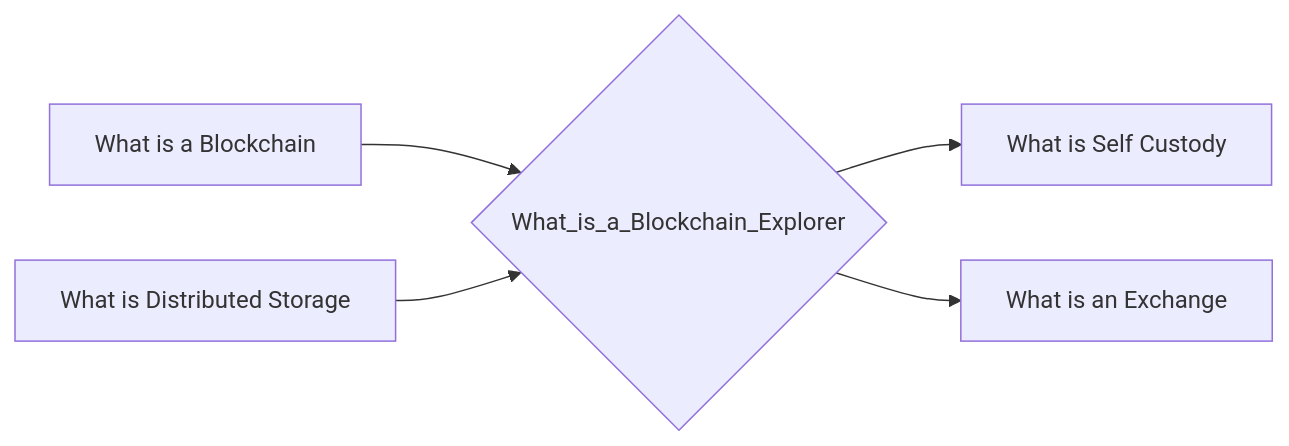
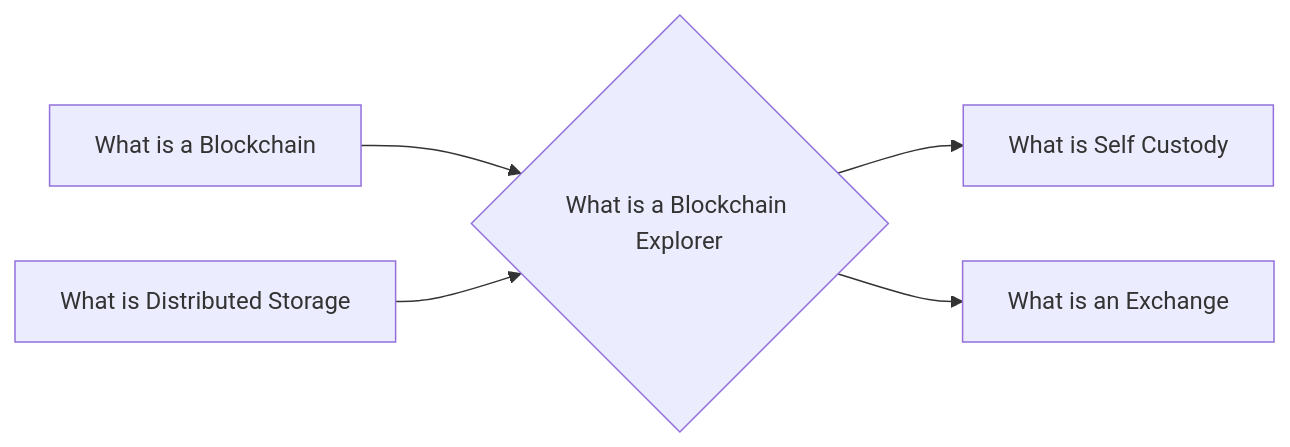
One commit to lpurdy01/crypto-knowledge-map changed the diagram in notes/What_is_a_Blockchain_Explorer.md. Above: the diagram before and after it, drawn with Mermaid. The commit also changed 58 other files, not shown here.

````diff
--- a/notes/What_is_a_Blockchain_Explorer.md
+++ b/notes/What_is_a_Blockchain_Explorer.md
@@ -10,7 +10,7 @@
 ```mermaid
 graph LR
-1["What is a Blockchain"]-->0{"What_is_a_Blockchain_Explorer"}
-2["What is Distributed Storage"]-->0{"What_is_a_Blockchain_Explorer"}
-0{"What_is_a_Blockchain_Explorer"}-->3["What is Self Custody"]
-0{"What_is_a_Blockchain_Explorer"}-->4["What is an Exchange"]
+1["What is a Blockchain"]-->0{"What is a Blockchain Explorer"}
+2["What is Distributed Storage"]-->0{"What is a Blockchain Explorer"}
+0{"What is a Blockchain Explorer"}-->3["What is Self Custody"]
+0{"What is a Blockchain Explorer"}-->4["What is an Exchange"]
 ```
````
